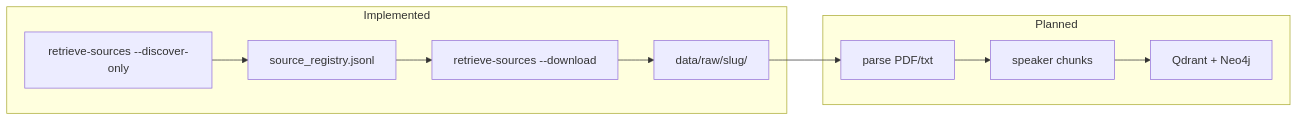
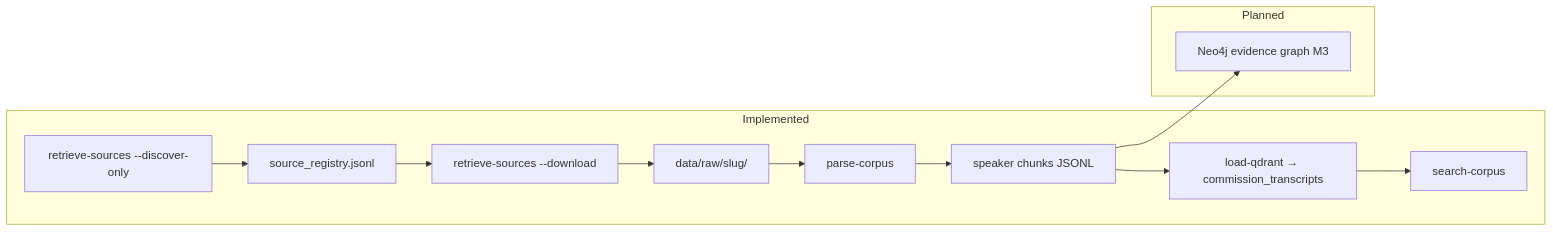
Before and after one commit to ChristoGH/za-corruption: the diagram in docs/getting-started.md, drawn with Mermaid. The commit also changed other lines of this file and 15 other files, not shown here.

First line of the commit message:
M2 complete: embeddings + Qdrant semantic search, store infra

````diff
--- a/docs/getting-started.md
+++ b/docs/getting-started.md
@@ -37,16 +41,19 @@
 ```mermaid
 flowchart LR
   subgraph live [Implemented]
     discover[retrieve-sources --discover-only]
     registry[source_registry.jsonl]
     download[retrieve-sources --download]
     raw[data/raw/slug/]
+    parse[parse-corpus]
+    chunks[speaker chunks JSONL]
+    qdrant[load-qdrant → commission_transcripts]
+    search[search-corpus]
     discover --> registry --> download --> raw
+    raw --> parse --> chunks --> qdrant --> search
   end
   subgraph future [Planned]
-    parse[parse PDF/txt]
-    chunk[speaker chunks]
-    stores[Qdrant + Neo4j]
-    raw --> parse --> chunk --> stores
+    graphload[Neo4j evidence graph M3]
+    chunks --> graphload
   end
 ```
````
